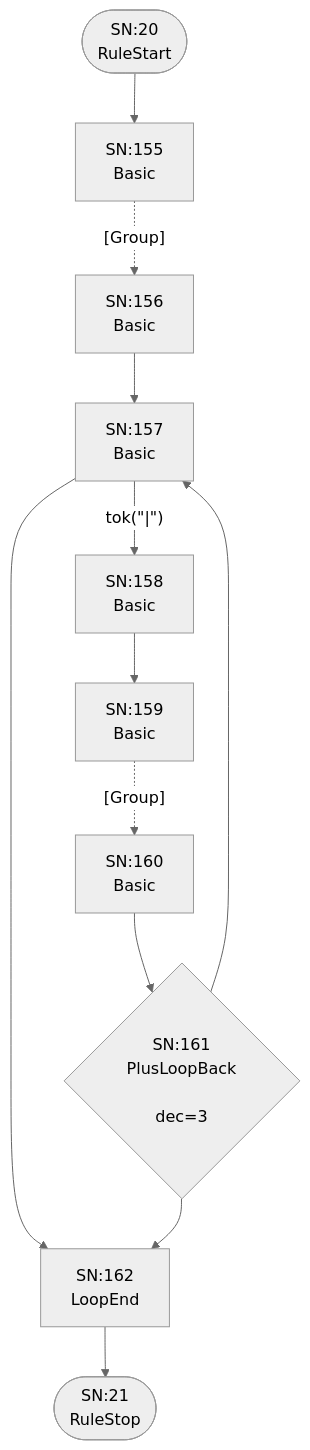
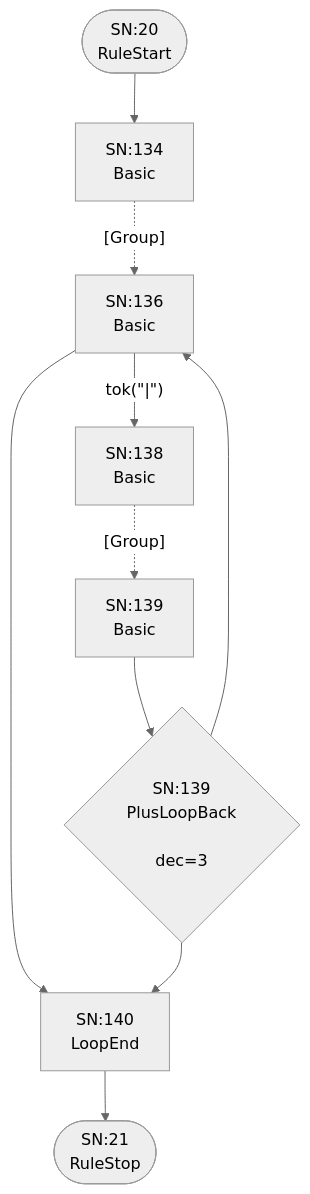
Before and after one commit to TypeFox/fastbelt: diagram 11 of 25 in internal/grammar/atn.md, drawn with Mermaid (neutral theme). The commit also changed other lines of this file and 4 other files, not shown here.

````diff
--- a/internal/grammar/atn.md
+++ b/internal/grammar/atn.md
@@ -330,25 +288,21 @@
 ```mermaid
 flowchart TD
     q20(["SN:20<br/>RuleStart"])
     q21(["SN:21<br/>RuleStop"])
-    q155["SN:155<br/>Basic<br/>"]
-    q156["SN:156<br/>Basic<br/>"]
-    q157["SN:157<br/>Basic<br/>"]
-    q158["SN:158<br/>Basic<br/>"]
-    q159["SN:159<br/>Basic<br/>"]
-    q160["SN:160<br/>Basic<br/>"]
-    q161{"SN:161<br/>PlusLoopBack<br/><br/>dec=3"}
-    q162["SN:162<br/>LoopEnd<br/>"]
+    q134["SN:134<br/>Basic<br/>"]
+    q135["SN:136<br/>Basic<br/>"]
+    q136["SN:138<br/>Basic<br/>"]
+    q137["SN:139<br/>Basic<br/>"]
+    q138{"SN:139<br/>PlusLoopBack<br/><br/>dec=3"}
+    q139["SN:140<br/>LoopEnd<br/>"]
 
-    q20 --> q155
-    q155 -.->|"[Group]"| q156
-    q156 --> q157
-    q157 -->|"tok(&quot;|&quot;)"| q158
-    q157 --> q162
-    q158 --> q159
-    q159 -.->|"[Group]"| q160
-    q160 --> q161
-    q161 --> q157
-    q161 --> q162
-    q162 --> q21
+    q20 --> q134
+    q134 -.->|"[Group]"| q135
+    q135 -->|"tok(&quot;|&quot;)"| q136
+    q135 --> q139
+    q136 -.->|"[Group]"| q137
+    q137 --> q138
+    q138 --> q135
+    q138 --> q139
+    q139 --> q21
 ```
````
